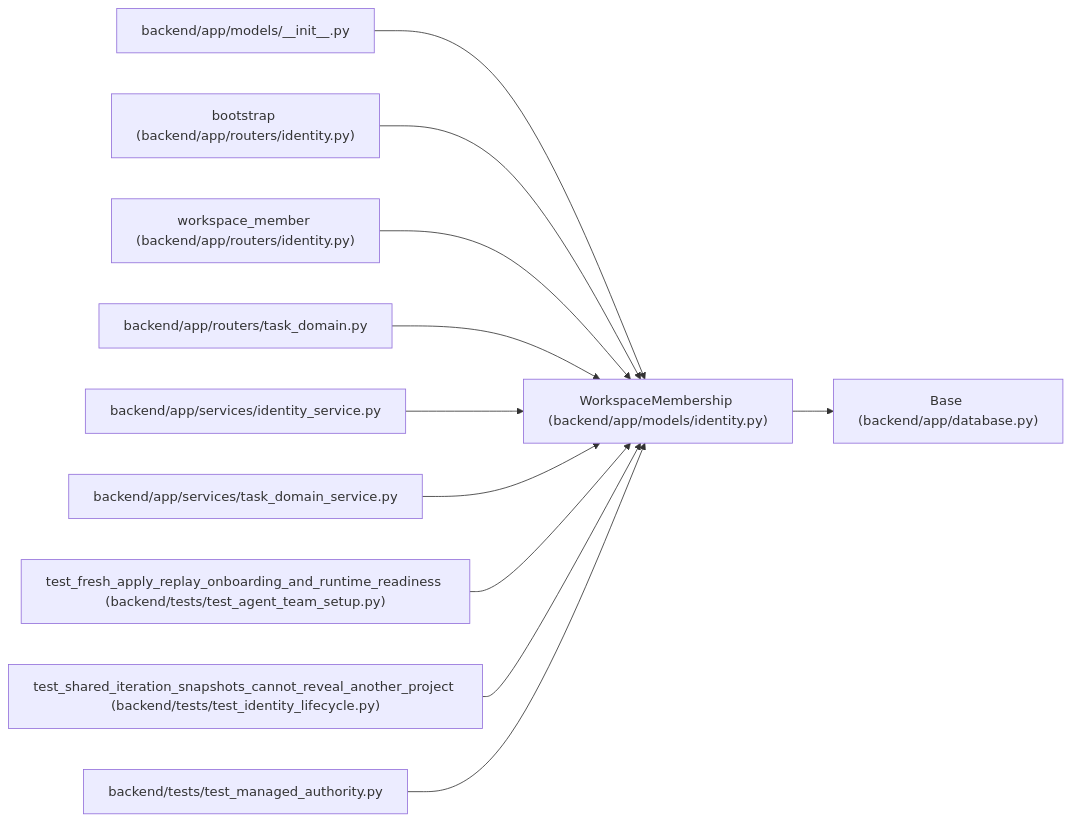
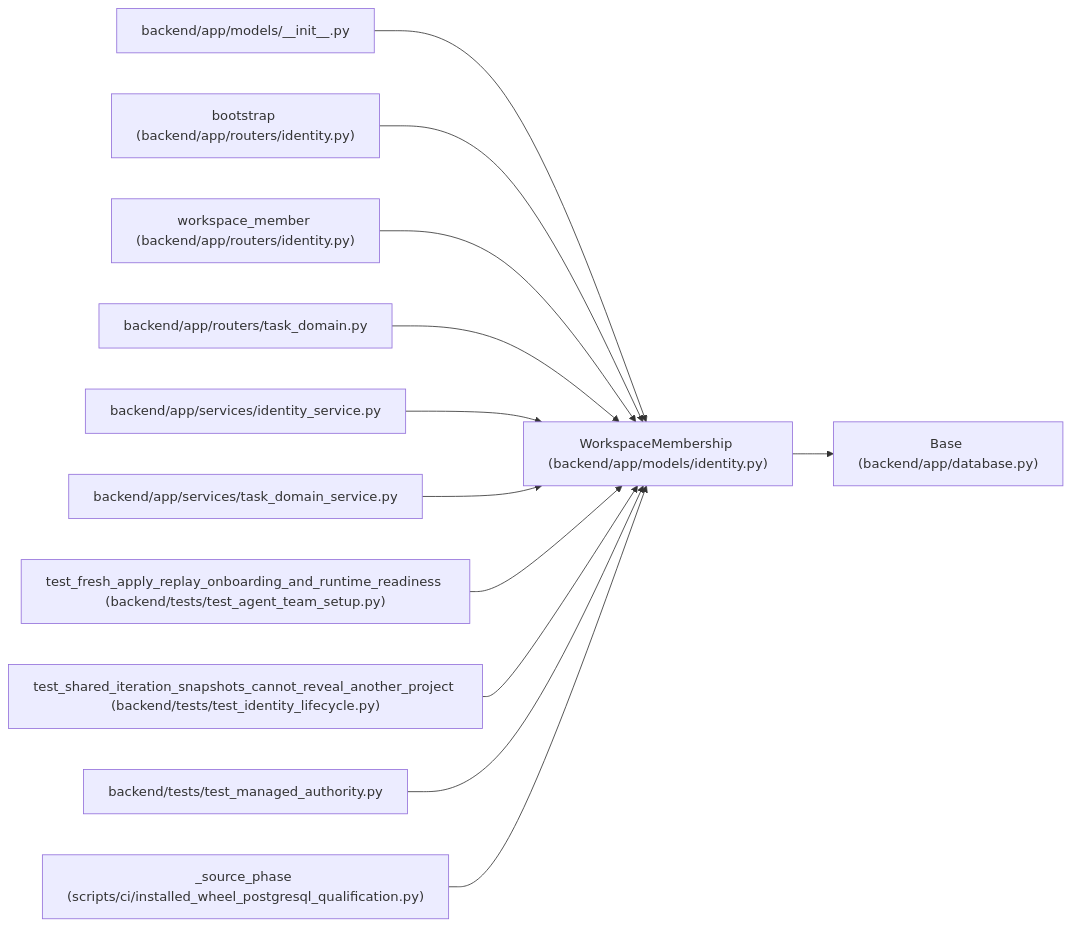
Before and after one commit to Denissvgn/WorkChord: the diagram in docs/llm_wiki/entities/WorkspaceMembership.md, drawn with Mermaid. The commit also changed other lines of this file and 778 other files, not shown here.

````diff
--- a/docs/llm_wiki/entities/WorkspaceMembership.md
+++ b/docs/llm_wiki/entities/WorkspaceMembership.md
@@ -27,35 +27,38 @@
 ```mermaid
 flowchart LR
     n0["WorkspaceMembership (backend/app/models/identity.py)"]
     n1["Base (backend/app/database.py)"]
     n2["backend/app/models/__init__.py"]
     n3["bootstrap (backend/app/routers/identity.py)"]
     n4["workspace_member (backend/app/routers/identity.py)"]
     n5["backend/app/routers/task_domain.py"]
     n6["backend/app/services/identity_service.py"]
     n7["backend/app/services/task_domain_service.py"]
     n8["test_fresh_apply_replay_onboarding_and_runtime_readiness (backend/tests/test_agent_team_setup.py)"]
     n9["test_shared_iteration_snapshots_cannot_reveal_another_project (backend/tests/test_identity_lifecycle.py)"]
     n10["backend/tests/test_managed_authority.py"]
+    n11["_source_phase (scripts/ci/installed_wheel_postgresql_qualification.py)"]
     n0 --> n1
     n2 --> n0
     n3 --> n0
     n4 --> n0
     n5 --> n0
     n6 --> n0
     n7 --> n0
     n8 --> n0
     n9 --> n0
     n10 --> n0
+    n11 --> n0
     click n0 "../modules/models_identity.md"
     click n1 "../modules/app_database.md"
     click n2 "../modules/models___init__.md"
     click n3 "../modules/routers_identity.md"
     click n4 "../modules/routers_identity.md"
     click n5 "../modules/routers_task_domain.md"
     click n6 "../modules/identity_service.md"
     click n7 "../modules/task_domain_service.md"
     click n8 "../modules/test_agent_team_setup.md"
     click n9 "../modules/test_identity_lifecycle.md"
     click n10 "../modules/test_managed_authority.md"
+    click n11 "../modules/installed_wheel_postgresql_qualification.md"
 ```
````
